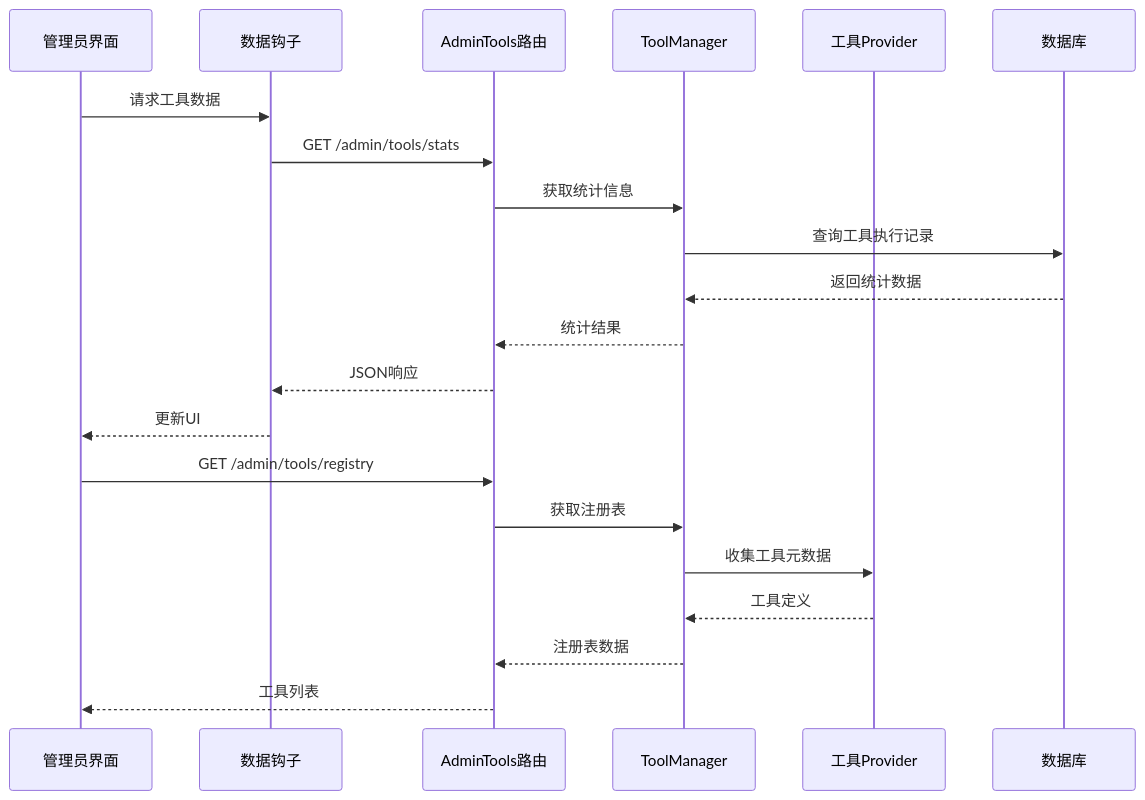
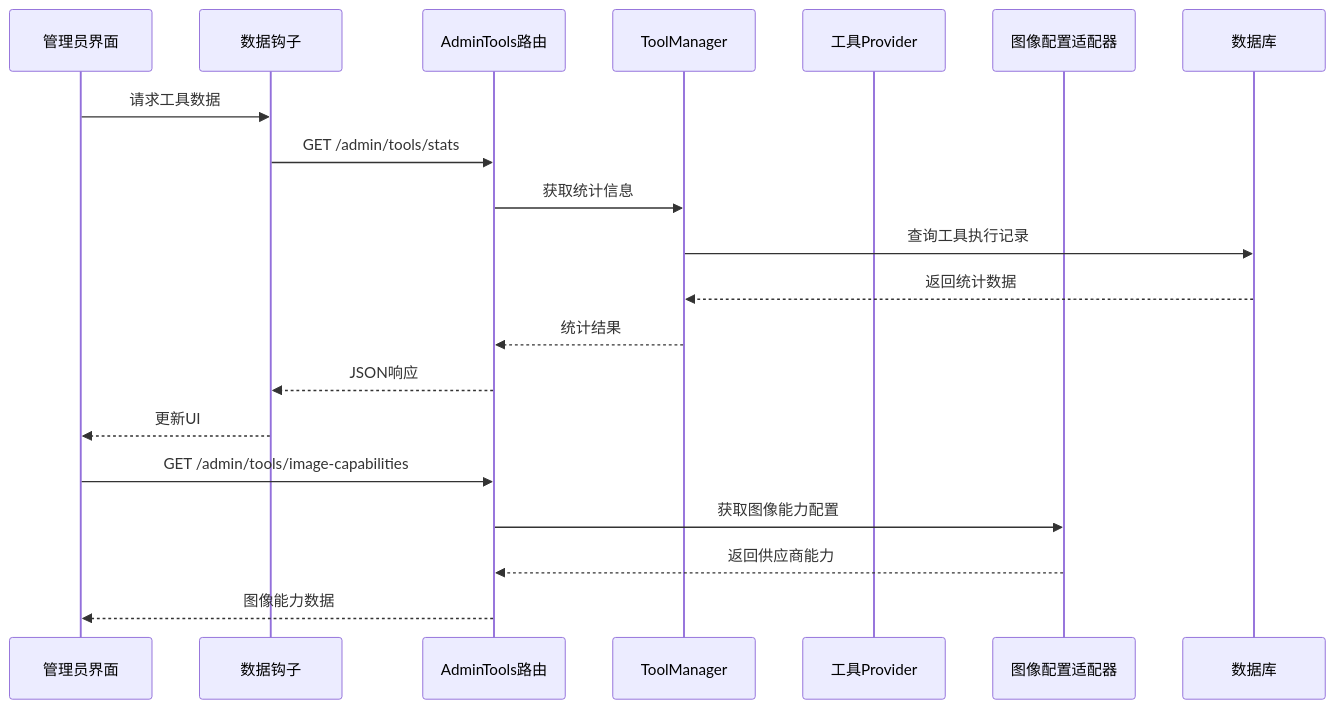
One commit to KunLabAI/KunFlix changed the second of 9 diagrams in .qoder/repowiki/zh/content/管理员后台系统/管理员工具管理.md. Above: the diagram before and after it, drawn with Mermaid. The commit also changed other lines of this file and 13 other files, not shown here.

````diff
--- a/.qoder/repowiki/zh/content/管理员后台系统/管理员工具管理.md
+++ b/.qoder/repowiki/zh/content/管理员后台系统/管理员工具管理.md
@@ -106,23 +132,22 @@
 ```mermaid
 sequenceDiagram
 participant Admin as 管理员界面
 participant Hook as 数据钩子
 participant API as AdminTools路由
 participant Manager as ToolManager
 participant Provider as 工具Provider
+participant ImageAdapter as 图像配置适配器
 participant DB as 数据库
 Admin->>Hook : 请求工具数据
 Hook->>API : GET /admin/tools/stats
 API->>Manager : 获取统计信息
 Manager->>DB : 查询工具执行记录
 DB-->>Manager : 返回统计数据
 Manager-->>API : 统计结果
 API-->>Hook : JSON响应
 Hook-->>Admin : 更新UI
-Admin->>API : GET /admin/tools/registry
-API->>Manager : 获取注册表
-Manager->>Provider : 收集工具元数据
-Provider-->>Manager : 工具定义
-Manager-->>API : 注册表数据
-API-->>Admin : 工具列表
+Admin->>API : GET /admin/tools/image-capabilities
+API->>ImageAdapter : 获取图像能力配置
+ImageAdapter-->>API : 返回供应商能力
+API-->>Admin : 图像能力数据
 ```
````
